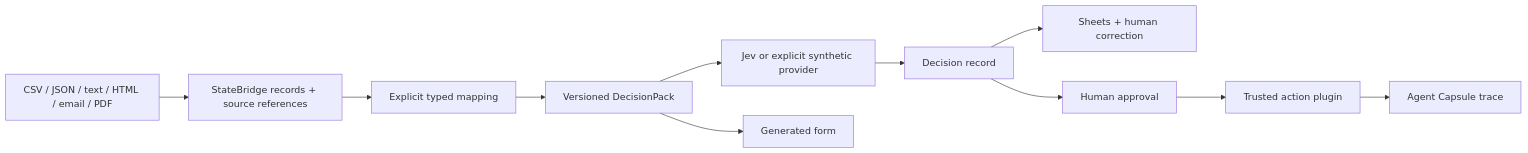
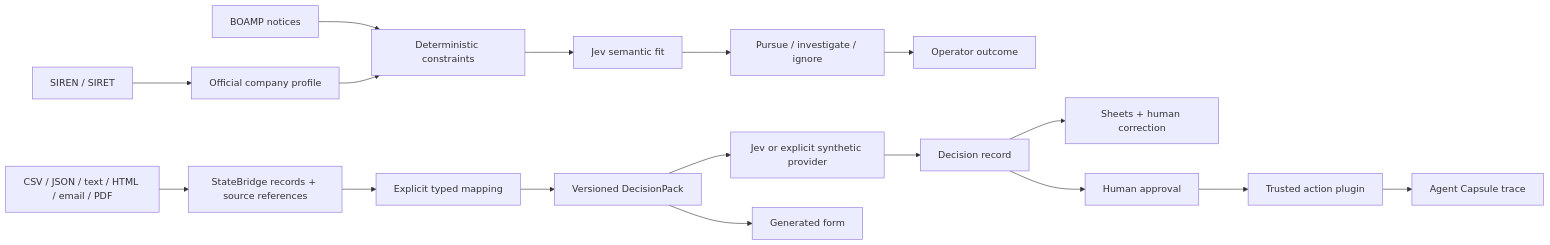
One commit to gbesse/decision-workbench changed the diagram in docs/architecture.md. Above: the diagram before and after it, drawn with Mermaid. The commit also changed other lines of this file and 23 other files, not shown here.

````diff
--- a/docs/architecture.md
+++ b/docs/architecture.md
@@ -5,13 +5,19 @@
 ```mermaid
 flowchart LR
+    R[SIREN / SIRET] --> P[Official company profile]
+    O[BOAMP notices] --> Q[Deterministic constraints]
+    P --> Q
+    Q --> M[Jev semantic fit]
+    M --> N[Pursue / investigate / ignore]
+    N --> Y[Operator outcome]
     A[CSV / JSON / text / HTML / email / PDF] --> B[StateBridge records + source references]
     B --> C[Explicit typed mapping]
     C --> D[Versioned DecisionPack]
     D --> E[Jev or explicit synthetic provider]
     E --> F[Decision record]
     F --> G[Sheets + human correction]
     F --> H[Human approval]
     H --> I[Trusted action plugin]
     I --> J[Agent Capsule trace]
     D --> K[Generated form]
 ```
````
